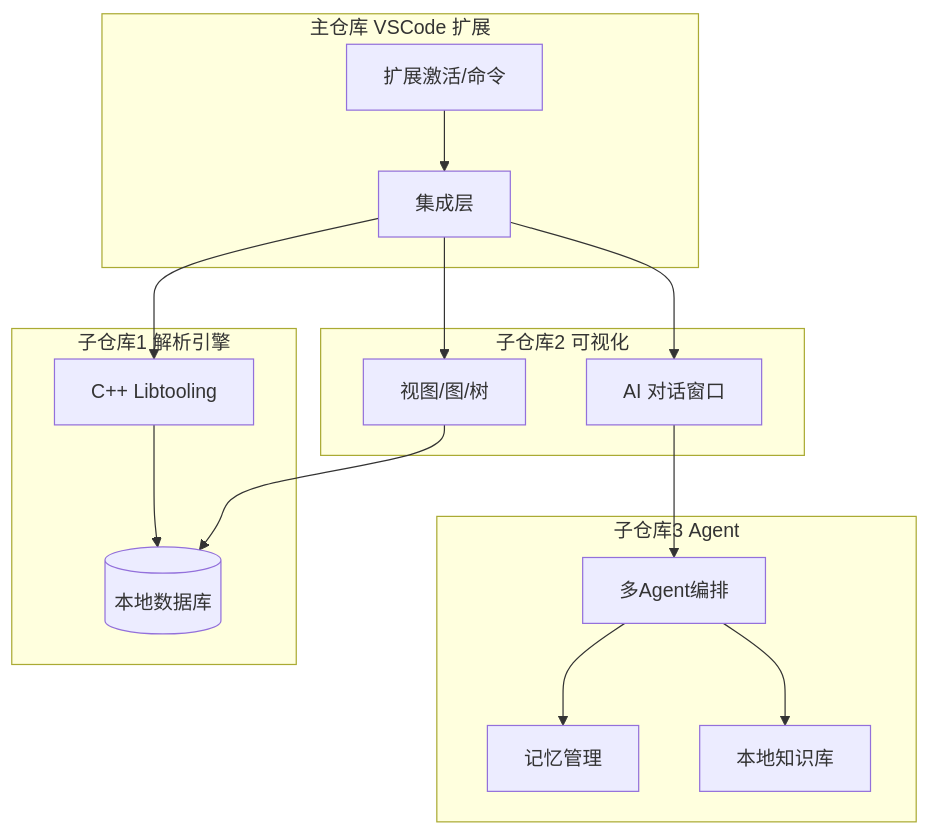
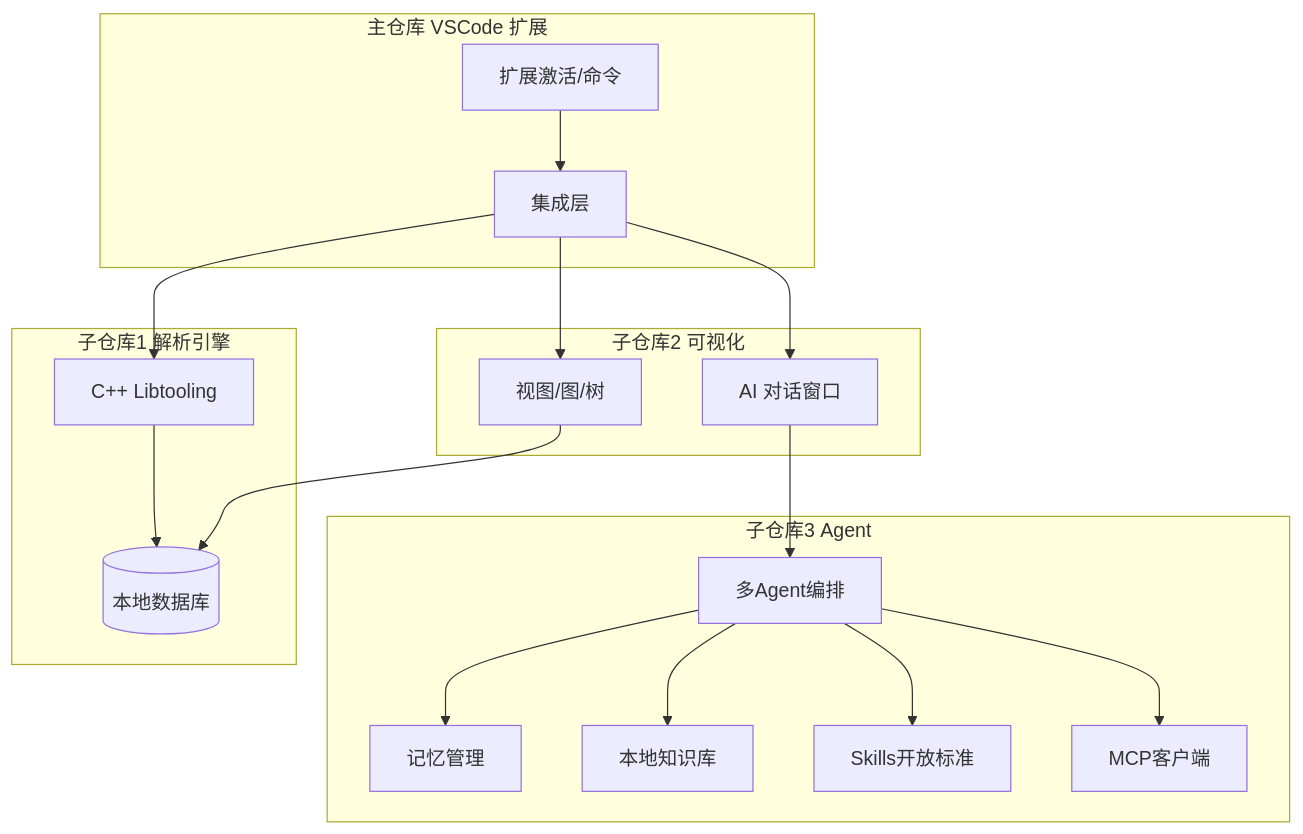
One commit to yushun667/codeXray changed the diagram in doc/04-系统设计/系统框架与数据流.md. Above: the diagram before and after it, drawn with Mermaid. The commit also changed other lines of this file and 30 other files, not shown here.

````diff
--- a/doc/04-系统设计/系统框架与数据流.md
+++ b/doc/04-系统设计/系统框架与数据流.md
@@ -16,29 +16,33 @@
 ```mermaid
 flowchart TB
   subgraph main [主仓库 VSCode 扩展]
     Ext[扩展激活/命令]
     Integ[集成层]
   end
   subgraph sub1 [子仓库1 解析引擎]
     Parser[C++ Libtooling]
     DB[(本地数据库)]
   end
   subgraph sub2 [子仓库2 可视化]
     Views[视图/图/树]
     Chat[AI 对话窗口]
   end
   subgraph sub3 [子仓库3 Agent]
     Memory[记忆管理]
     Orchestr[多Agent编排]
     KB[本地知识库]
+    Skills[Skills开放标准]
+    Mcp[MCP客户端]
   end
   Ext --> Integ
   Integ --> Parser
   Integ --> Views
   Integ --> Chat
   Parser --> DB
   Views --> DB
   Chat --> Orchestr
   Orchestr --> Memory
   Orchestr --> KB
+  Orchestr --> Skills
+  Orchestr --> Mcp
 ```
````
